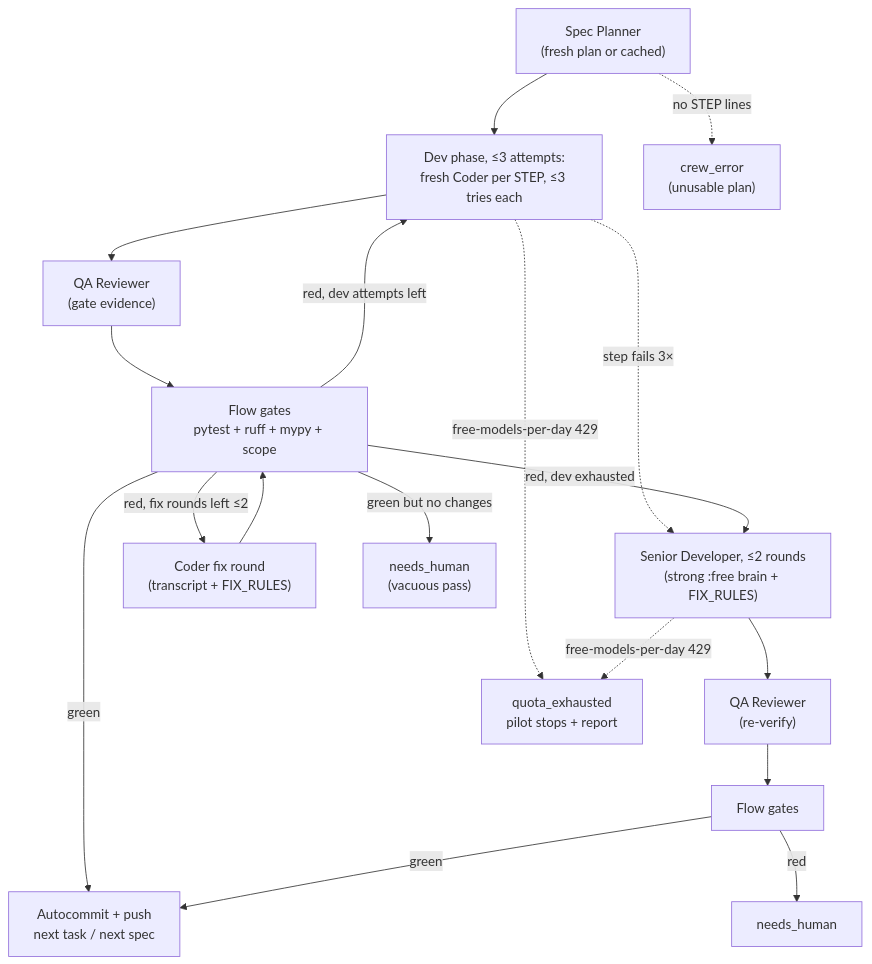
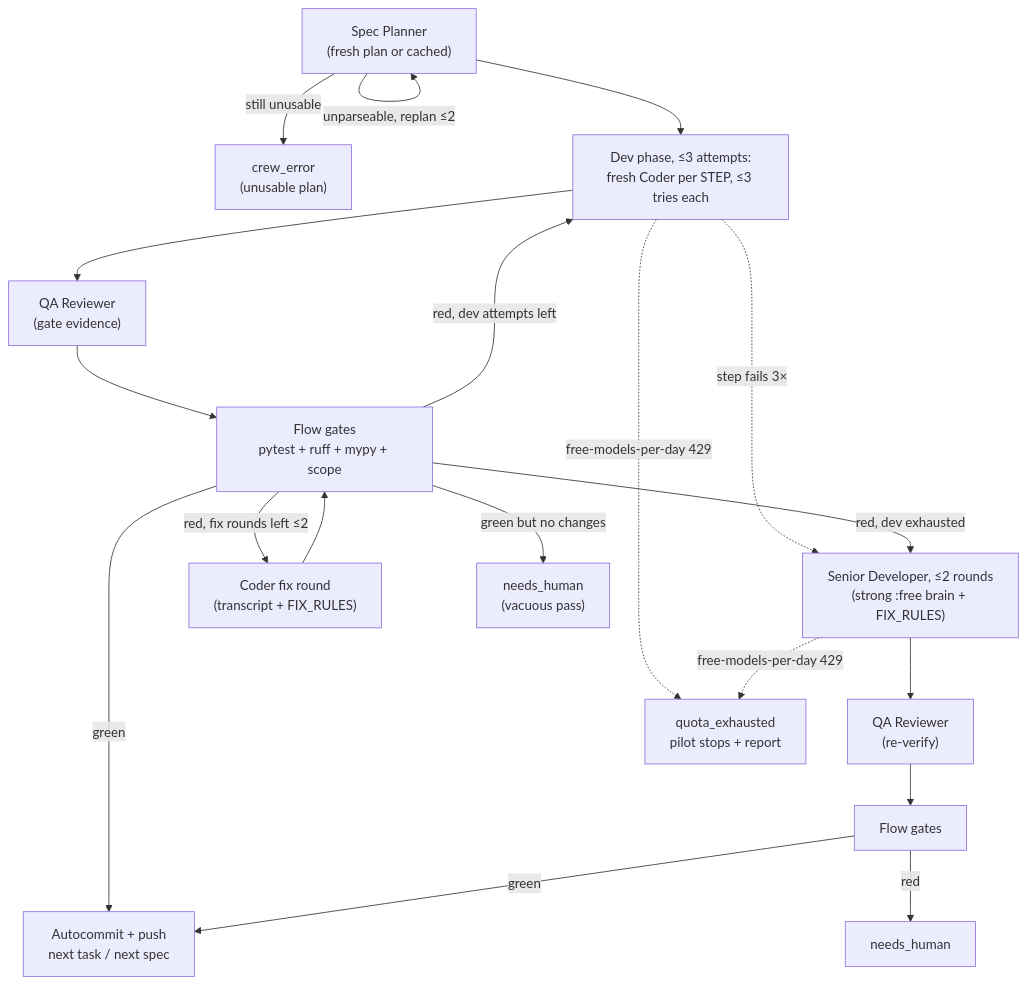
Before and after one commit to handleman/comfort-walking-router: the diagram in swarm/README.md, drawn with Mermaid. The commit also changed 4 other files, not shown here.

````diff
--- a/swarm/README.md
+++ b/swarm/README.md
@@ -110,20 +110,21 @@
 ```mermaid
 flowchart TB
     P["Spec Planner<br/>(fresh plan or cached)"] --> STEPS["Dev phase, ≤3 attempts:<br/>fresh Coder per STEP, ≤3 tries each"]
     STEPS -.->|step fails 3×| SENIOR
     STEPS --> REV["QA Reviewer<br/>(gate evidence)"]
     REV --> GATES["Flow gates<br/>pytest + ruff + mypy + scope"]
     GATES -->|green| COMMIT["Autocommit + push<br/>next task / next spec"]
     GATES -->|red, fix rounds left ≤2| FIX["Coder fix round<br/>(transcript + FIX_RULES)"]
     FIX --> GATES
     GATES -->|red, dev attempts left| STEPS
     GATES -->|red, dev exhausted| SENIOR["Senior Developer, ≤2 rounds<br/>(strong :free brain + FIX_RULES)"]
     SENIOR --> REV2["QA Reviewer<br/>(re-verify)"]
     REV2 --> GATES2["Flow gates"]
     GATES2 -->|green| COMMIT
     GATES2 -->|red| HUMAN["needs_human"]
     GATES -->|green but no changes| VACANT["needs_human<br/>(vacuous pass)"]
-    P -.->|no STEP lines| PLANFAIL["crew_error<br/>(unusable plan)"]
+    P -->|unparseable, replan ≤2| P
+    P -->|still unusable| PLANFAIL["crew_error<br/>(unusable plan)"]
     STEPS -.->|free-models-per-day 429| Q["quota_exhausted<br/>pilot stops + report"]
     SENIOR -.->|free-models-per-day 429| Q
 ```
````
